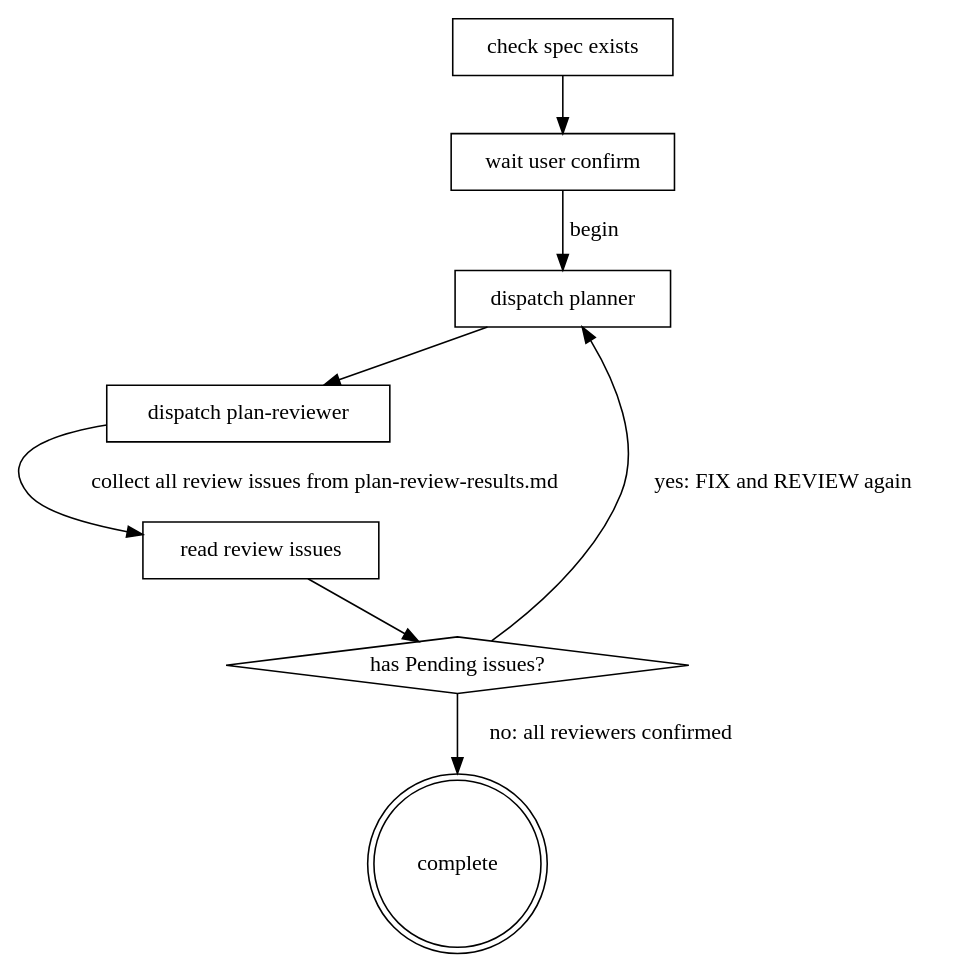
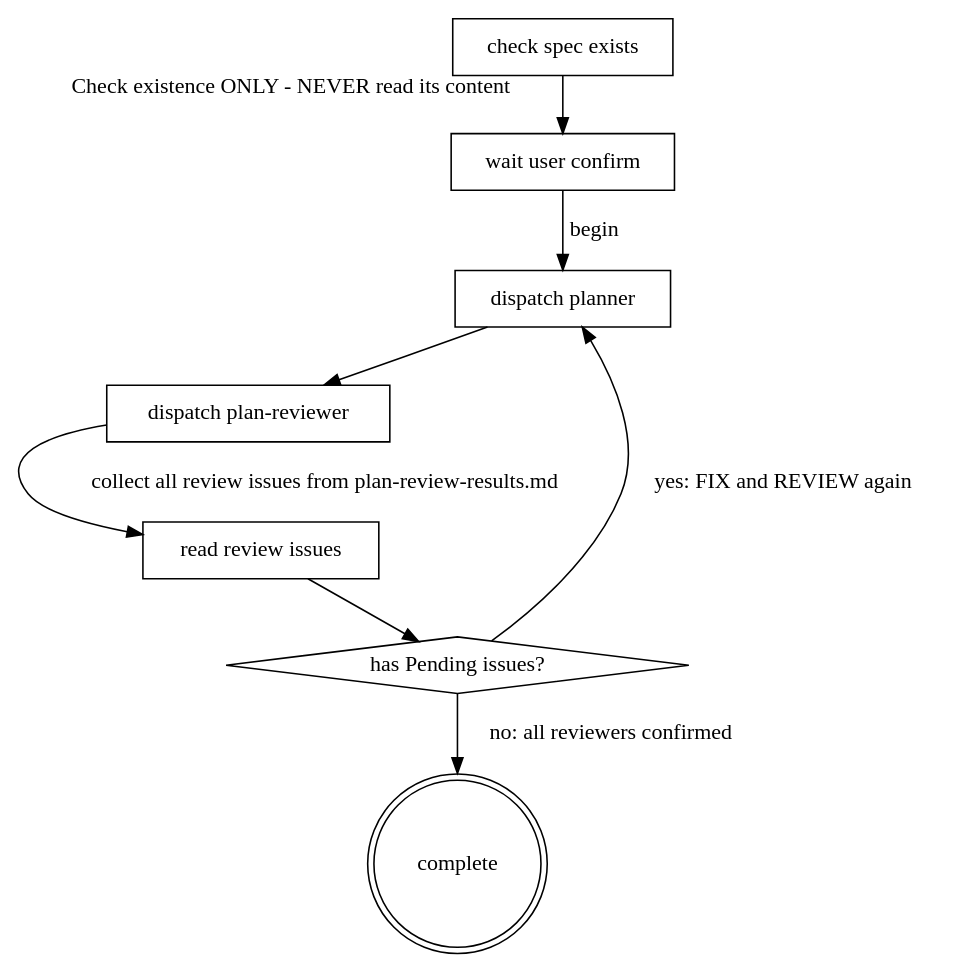
Before and after one commit to abadcafe/superteam: the diagram in skills/planning/SKILL.md, drawn with Graphviz. The commit also changed 3 other files, not shown here.

````diff
--- a/skills/planning/SKILL.md
+++ b/skills/planning/SKILL.md
@@ -41,19 +41,19 @@
 ```dot
 digraph planning_flow {
   "check spec exists" [shape=box]
   "wait user confirm" [shape=box]
   "dispatch planner" [shape=box]
   "dispatch plan-reviewer" [shape=box]
   "read review issues" [shape=box]
   "has Pending issues?" [shape=diamond]
   "complete" [shape=doublecircle]
 
-  "check spec exists" -> "wait user confirm"
+  "check spec exists" -> "wait user confirm" [taillabel="Check existence ONLY - NEVER read its content"]
   "wait user confirm" -> "dispatch planner" [label="begin"]
   "dispatch planner" -> "dispatch plan-reviewer"
   "dispatch plan-reviewer" -> "read review issues" [label="collect all review issues from plan-review-results.md"]
   "read review issues" -> "has Pending issues?"
   "has Pending issues?" -> "dispatch planner" [label="yes: FIX and REVIEW again"]
   "has Pending issues?" -> "complete" [label="no: all reviewers confirmed"]
 }
 ```
````
